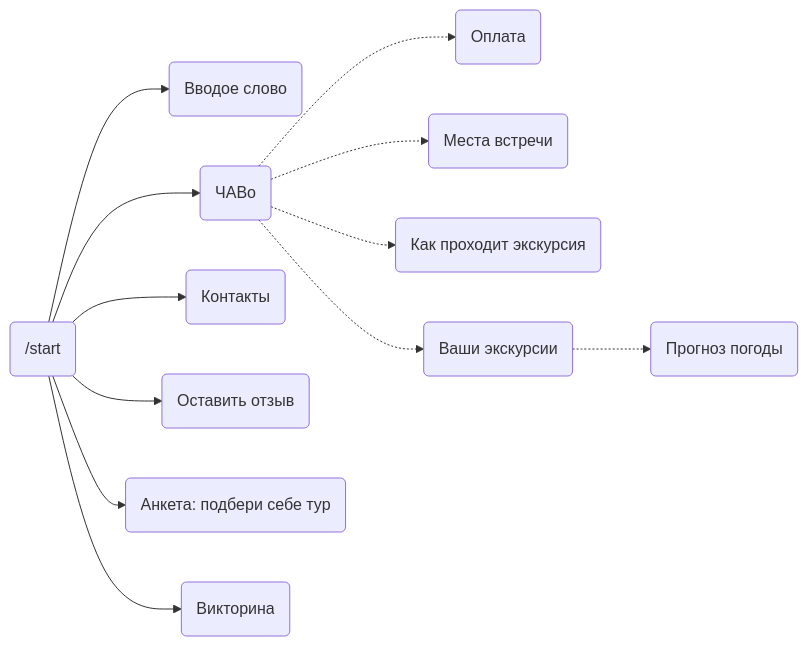
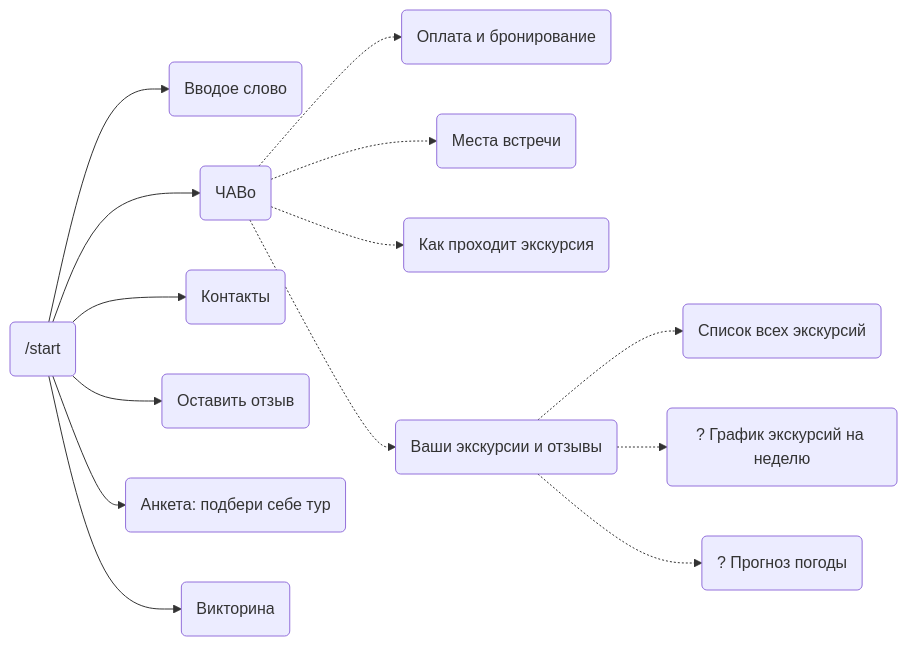
Before and after one commit to tropintropin/telegram_bot_peshehod_chat: the diagram in README.md, drawn with Mermaid.

````diff
--- a/README.md
+++ b/README.md
@@ -33,15 +33,17 @@
 ```mermaid
 graph LR
     id0(/start)
     id0 --> id1(Вводое слово)
     id0 --> id2(ЧАВо)
-        id2 -.-> id20(Оплата)
+        id2 -.-> id20(Оплата и бронирование)
         id2 -.-> id21(Места встречи)
         id2 -.-> id22(Как проходит экскурсия)
-        id2 -.-> id23(Ваши экскурсии)
-            id23 -.-> id230(Прогноз погоды)
+        id2 -.-> id23(Ваши экскурсии и отзывы)
+            id23 -.-> id231(Список всех экскурсий)
+            id23 -.-> id232(? График экскурсий на неделю)
+            id23 -.-> id230(? Прогноз погоды)
     id0 --> id3(Контакты)
     id0 --> id4(Оставить отзыв)
     id0 --> id5(Анкета: подбери себе тур)
     id0 --> id6(Викторина)
 ```
````
